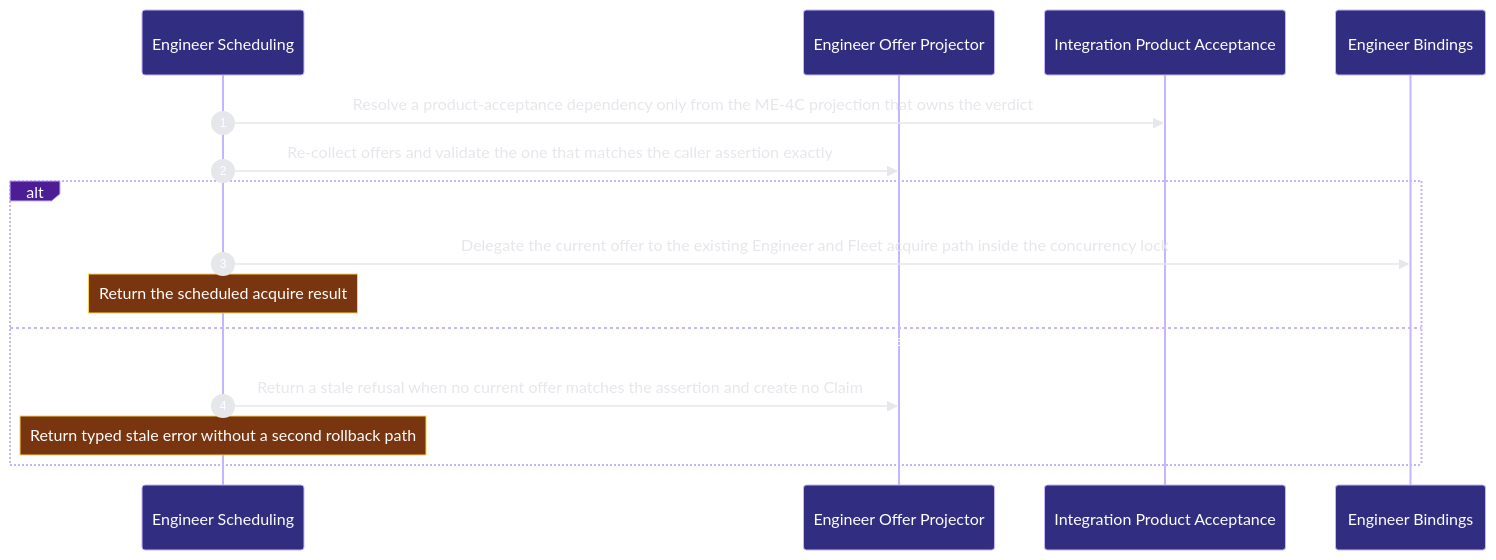
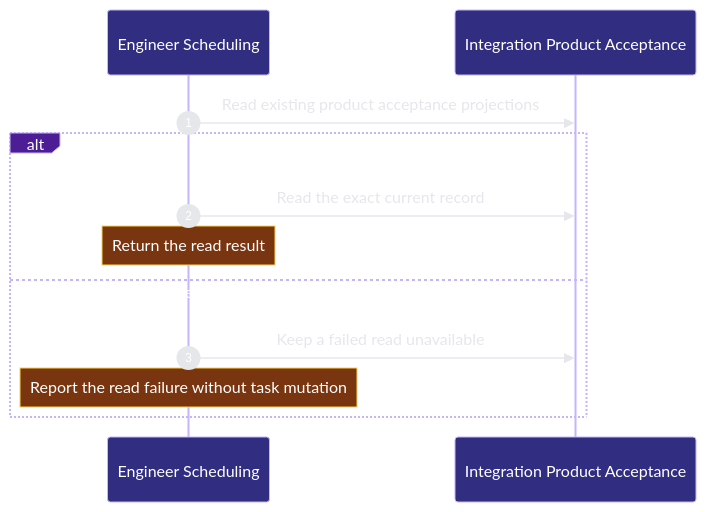
One commit to Ancienttwo/repo-harness changed the second of 2 diagrams in docs/architecture/modules/runtime-harness/engineer-scheduling.md. Above: the diagram before and after it, drawn with Mermaid. The commit also changed other lines of this file and 15 other files, not shown here.

Commit message:
docs(architecture): project slice B and drop retired PM and delegated-run entries

````diff
--- a/docs/architecture/modules/runtime-harness/engineer-scheduling.md
+++ b/docs/architecture/modules/runtime-harness/engineer-scheduling.md
@@ -88,18 +81,15 @@
 ```mermaid
 %%{init: {"theme":"base","themeVariables":{"background":"#0d1117","actorBkg":"#312e81","actorBorder":"#c4b5fd","actorTextColor":"#ffffff","signalColor":"#e5e7eb","signalTextColor":"#e5e7eb","labelBoxBkgColor":"#4c1d95","labelBoxBorderColor":"#c4b5fd","labelTextColor":"#ffffff","noteBkgColor":"#78350f","noteBorderColor":"#fcd34d","noteTextColor":"#ffffff","sequenceNumberColor":"#ffffff"}}}%%
 sequenceDiagram
   autonumber
-  participant p2_scheduling_authority_0fce7315 as Engineer Scheduling
-  participant p2_offer_projector_b21991b7 as Engineer Offer Projector
-  participant p2_product_acceptance_55c71f4b as Integration Product Acceptance
-  participant p2_engineer_authority_fd9ce331 as Engineer Bindings
-  p2_scheduling_authority_0fce7315->>p2_product_acceptance_55c71f4b: Resolve a product-acceptance dependency only from the ME-4C projection that owns the verdict
-  p2_scheduling_authority_0fce7315->>p2_offer_projector_b21991b7: Re-collect offers and validate the one that matches the caller assertion exactly
-  alt The existing WorkEnvelope and immutable ClaimActorReceipt are returned unchanged
-  p2_scheduling_authority_0fce7315->>p2_engineer_authority_fd9ce331: Delegate the current offer to the existing Engineer and Fleet acquire path inside the concurrency lock
-    Note over p2_scheduling_authority_0fce7315: Return the scheduled acquire result
-  else The asserted offer is not current before or inside the concurrency lock
-  p2_scheduling_authority_0fce7315->>p2_offer_projector_b21991b7: Return a stale refusal when no current offer matches the assertion and create no Claim
-    Note over p2_scheduling_authority_0fce7315: Return typed stale error without a second rollback path
+  participant p2_scheduling_003befe7 as Engineer Scheduling
+  participant p2_acceptance_afe48377 as Integration Product Acceptance
+  p2_scheduling_003befe7->>p2_acceptance_afe48377: Read existing product acceptance projections
+  alt Return the retained observation
+  p2_scheduling_003befe7->>p2_acceptance_afe48377: Read the exact current record
+    Note over p2_scheduling_003befe7: Return the read result
+  else Refuse an unavailable or invalid observation
+  p2_scheduling_003befe7->>p2_acceptance_afe48377: Keep a failed read unavailable
+    Note over p2_scheduling_003befe7: Report the read failure without task mutation
   end
 ```
````
